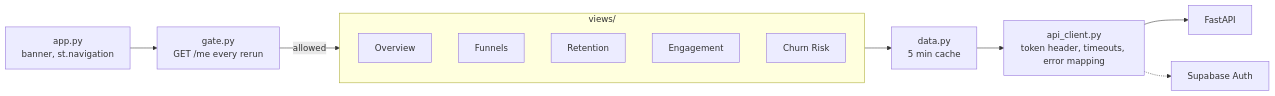
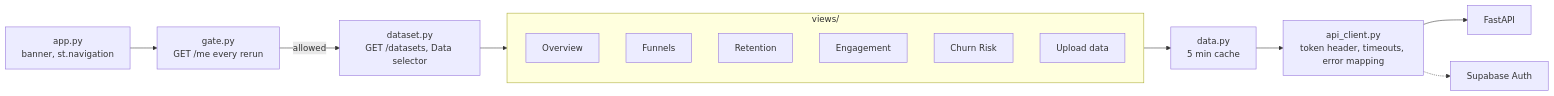
Before and after one commit to yashdiwan12/Churnscope: the seventh of 7 diagrams in docs/03-system-design.md, drawn with Mermaid. The commit also changed other lines of this file and 16 other files, not shown here.

````diff
--- a/docs/03-system-design.md
+++ b/docs/03-system-design.md
@@ -197,16 +203,18 @@
 ```mermaid
 flowchart LR
     app["app.py<br/>banner, st.navigation"] --> gate["gate.py<br/>GET /me every rerun"]
-    gate -->|allowed| pages
+    gate -->|allowed| ds["dataset.py<br/>GET /datasets, Data selector"]
+    ds --> pages
     subgraph pages["views/"]
         ov["Overview"]
         fu["Funnels"]
         re["Retention"]
         en["Engagement"]
         ch["Churn Risk"]
+        up["Upload data"]
     end
     pages --> da["data.py<br/>5 min cache"]
     da --> cl["api_client.py<br/>token header, timeouts, error mapping"]
     cl --> api["FastAPI"]
     cl -.-> auth["Supabase Auth"]
 ```
````
